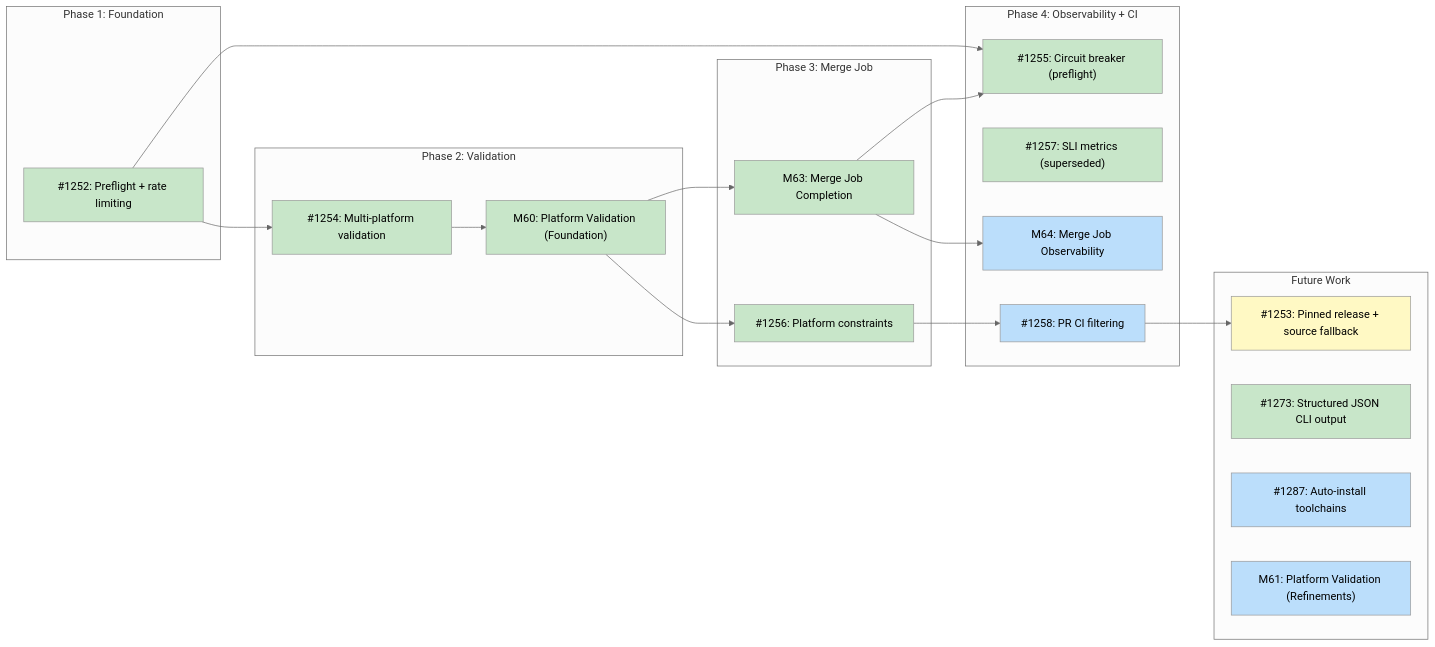
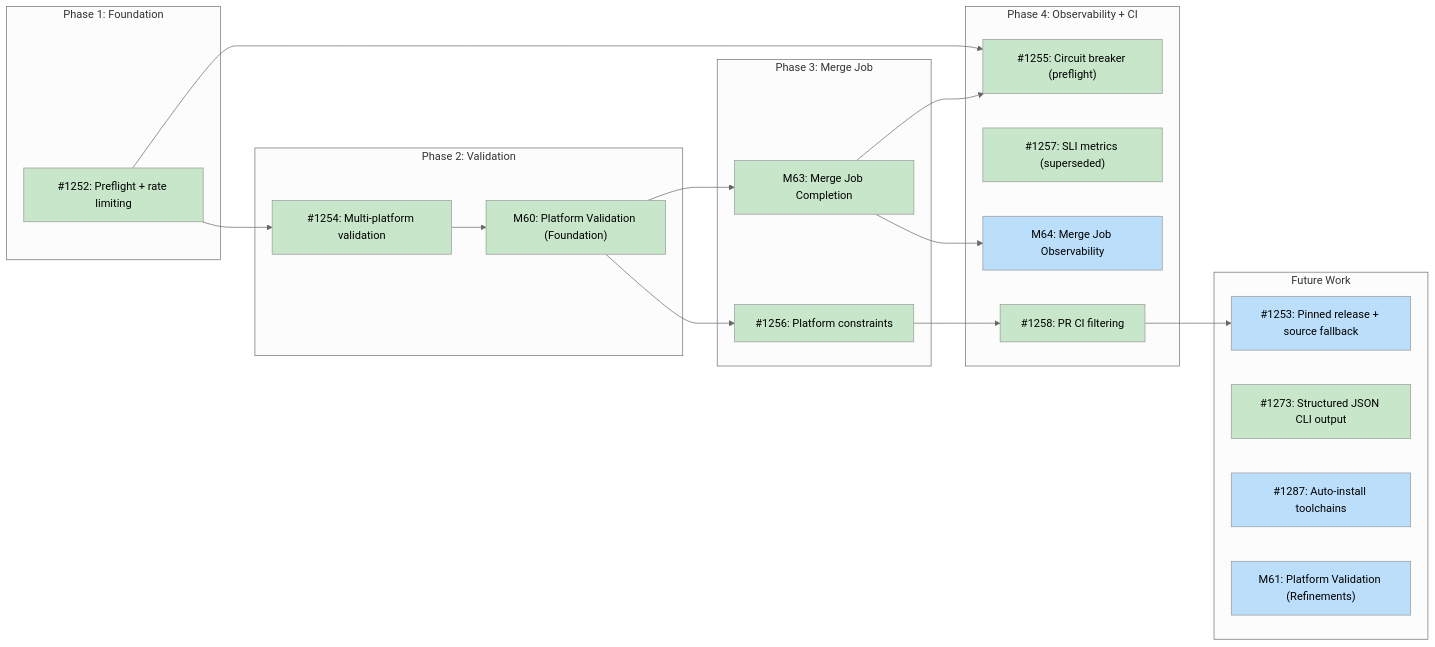
The diagram in docs/designs/DESIGN-batch-recipe-generation.md (tsukumogami/tsuku), drawn with Mermaid (neutral theme) before and after one commit. The commit also changed other lines of this file and 1 other file, not shown here.

Commit message:
feat(ci): filter recipe CI by platform support (#1392)
The test-changed-recipes workflow used grep-based pattern matching on
TOML fields
(supported_os, os_mapping) to decide whether a recipe should run on
Linux only or
on both Linux and macOS. This approach was fragile and couldn't handle
the full
range of platform constraints that recipes can express.

This replaces that detection with `tsuku info --json --metadata-only
--recipe`
calls, which use the CLI's own platform resolution logic. Each recipe's
`supported_platforms` array is inspected to determine which runners it
needs.
Recipes with no platform constraints continue to run on all runners for
backward
compatibility. The macOS recipe list is also unified from bare tool name
strings
to `{tool, path}` objects, eliminating path derivation logic that
wouldn't work
for embedded recipes.

````diff
--- a/docs/designs/DESIGN-batch-recipe-generation.md
+++ b/docs/designs/DESIGN-batch-recipe-generation.md
@@ -34,55 +34,55 @@
 ```mermaid
 graph LR
     subgraph Phase1["Phase 1: Foundation"]
         I1252["#1252: Preflight + rate limiting"]
     end
 
     subgraph Phase2["Phase 2: Validation"]
         I1254["#1254: Multi-platform validation"]
         M60["M60: Platform Validation (Foundation)"]
     end
 
     subgraph Phase3["Phase 3: Merge Job"]
         I1256["#1256: Platform constraints"]
         M63["M63: Merge Job Completion"]
     end
 
     subgraph Phase4["Phase 4: Observability + CI"]
         I1255["#1255: Circuit breaker (preflight)"]
         I1257["#1257: SLI metrics (superseded)"]
         M64["M64: Merge Job Observability"]
         I1258["#1258: PR CI filtering"]
     end
 
     subgraph Future["Future Work"]
         I1253["#1253: Pinned release + source fallback"]
         I1273["#1273: Structured JSON CLI output"]
         I1287["#1287: Auto-install toolchains"]
         M61["M61: Platform Validation (Refinements)"]
     end
 
     I1252 --> I1254
     I1254 --> M60
     M60 --> I1256
     M60 --> M63
     I1256 --> I1258
     I1258 --> I1253
     M63 --> I1255
     I1252 --> I1255
     M63 --> M64
 
     classDef done fill:#c8e6c9
     classDef ready fill:#bbdefb
     classDef blocked fill:#fff9c4
     classDef needsDesign fill:#e1bee7
 
     class I1254,I1273,I1257 done
     class M60,I1256 done
     class M63 done
     class I1252 done
     class I1255 done
     class I1287,M61 ready
-    class I1253 blocked
+    class I1253 ready
     class M64 ready
-    class I1258 ready
+    class I1258 done
 ```
````
